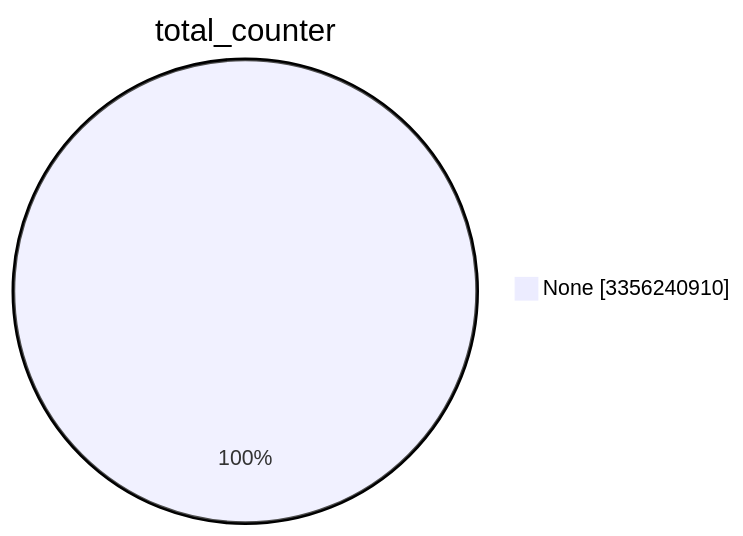
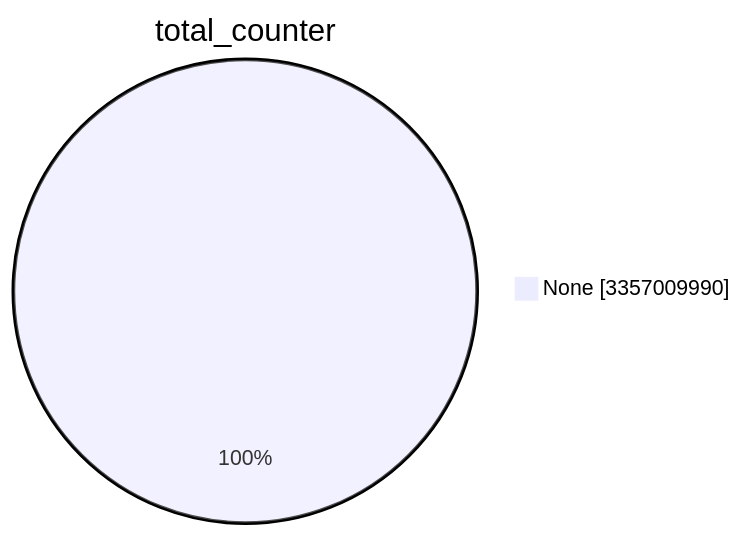
Before and after one commit to christiankrug/ctmonitor_visualization: the first of 15 diagrams in TOTAL/README.md, drawn with Mermaid. The commit also changed other lines of this file, not shown here.

````diff
--- a/TOTAL/README.md
+++ b/TOTAL/README.md
@@ -1,5 +1,5 @@
 ```mermaid
 pie showData
 title total_counter
-"None" :3356240910
+"None" :3357009990
 ```
````
